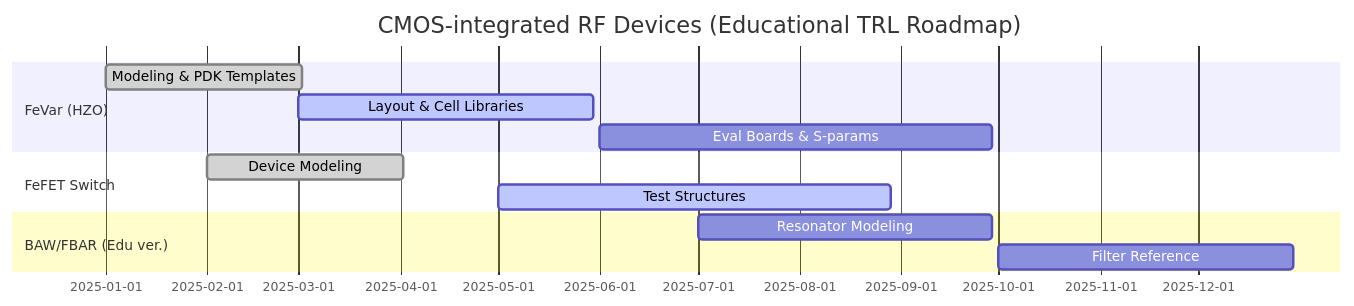
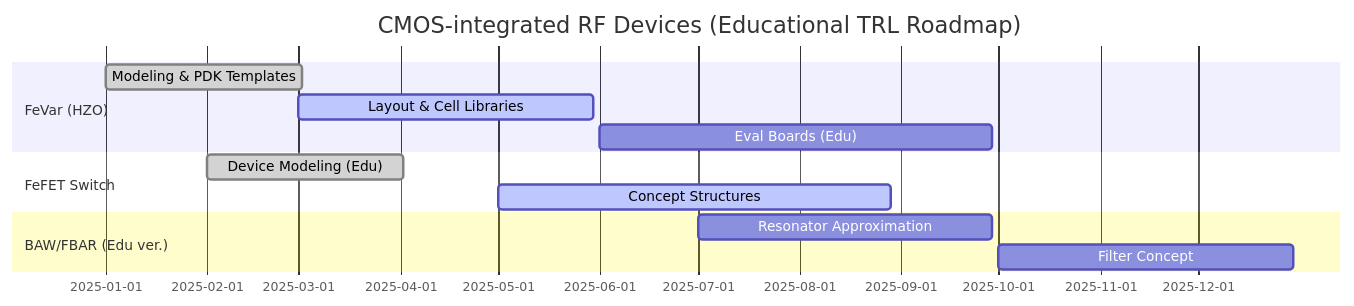
One commit to Samizo-AITL/Edusemi-Plus changed the second of 2 diagrams in applied-devices/rf-devices/proposal.md. Above: the diagram before and after it, drawn with Mermaid. The commit also changed other lines of this file, not shown here.

````diff
--- a/applied-devices/rf-devices/proposal.md
+++ b/applied-devices/rf-devices/proposal.md
@@ -94,15 +95,15 @@
 ```mermaid
 gantt
     title CMOS-integrated RF Devices (Educational TRL Roadmap)
     dateFormat  YYYY-MM-DD
     section FeVar (HZO)
     Modeling & PDK Templates   :done,    des1, 2025-01-01, 60d
     Layout & Cell Libraries    :active,  des2, 2025-03-01, 90d
-    Eval Boards & S-params     :         des3, 2025-06-01, 120d
+    Eval Boards (Edu)          :         des3, 2025-06-01, 120d
     section FeFET Switch
-    Device Modeling            :done,    sw1,  2025-02-01, 60d
-    Test Structures            :active,  sw2,  2025-05-01, 120d
+    Device Modeling (Edu)      :done,    sw1,  2025-02-01, 60d
+    Concept Structures         :active,  sw2,  2025-05-01, 120d
     section BAW/FBAR (Edu ver.)
-    Resonator Modeling         :         baw1, 2025-07-01, 90d
-    Filter Reference           :         baw2, 2025-10-01, 90d
+    Resonator Approximation    :         baw1, 2025-07-01, 90d
+    Filter Concept             :         baw2, 2025-10-01, 90d
 ```
````
